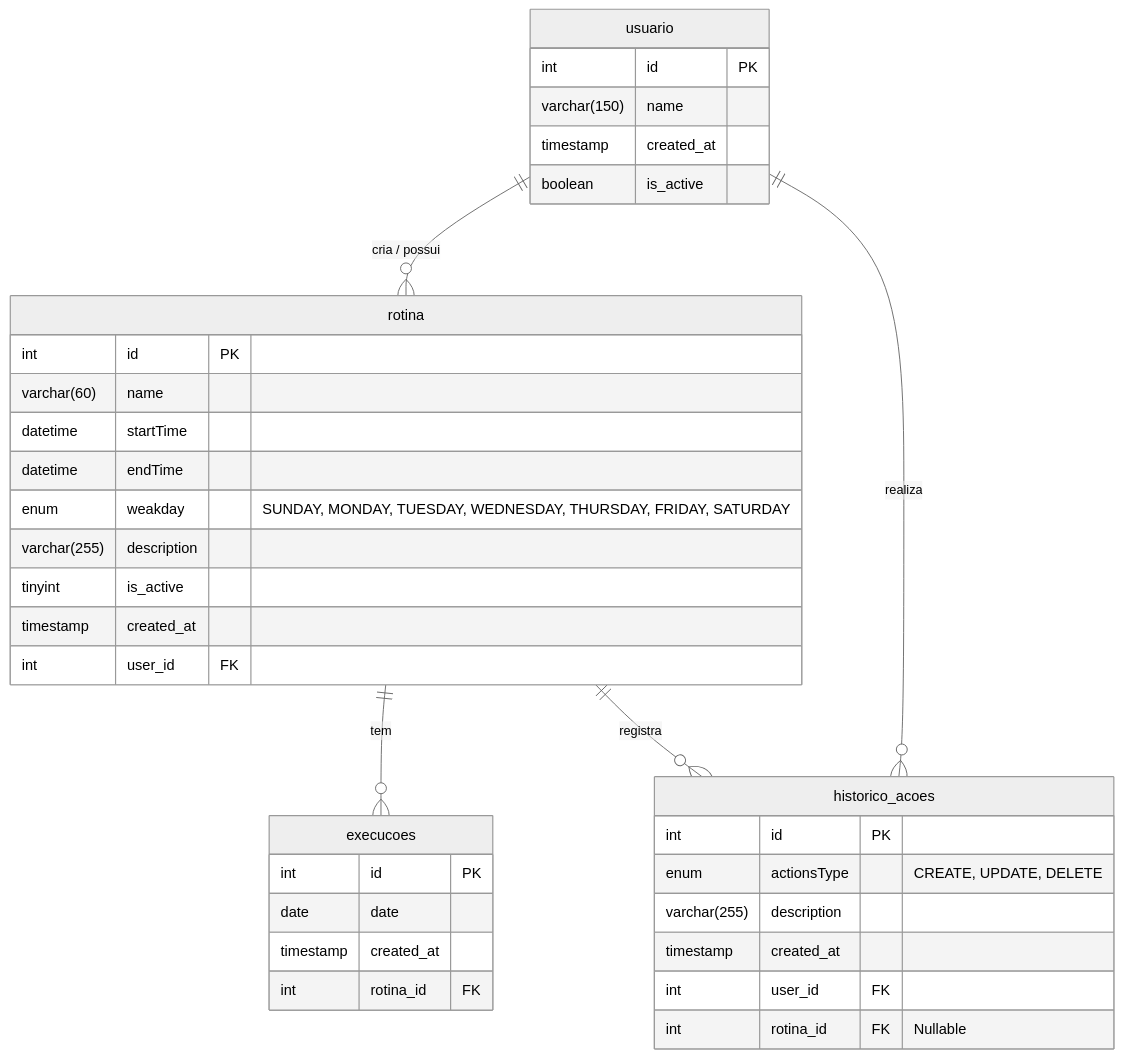
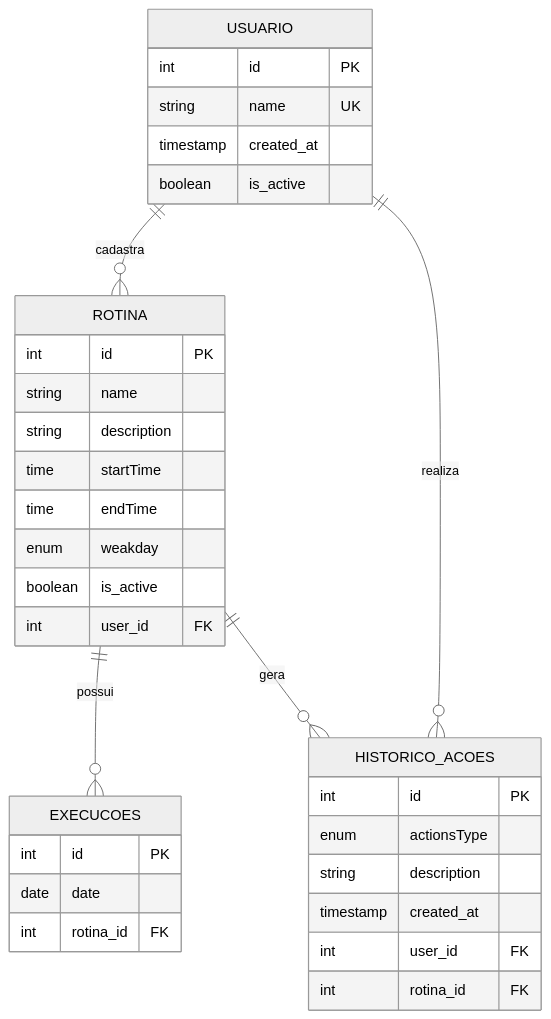
The diagram in README.md (BirdMelo/CEUB-DevWeb-Avaliacao), drawn with Mermaid (neutral theme) before and after one commit. The commit also changed other lines of this file and 2 other files, not shown here.

Commit message:
fix(dashboard)2.0.10 - Rotinas organizadas por hora Agora as rotinas em dashboard são organizadas por hora (startTime) Correção da representação do banco de dados no README.md

````diff
--- a/README.md
+++ b/README.md
@@ -71,44 +69,40 @@
 ```mermaid
 erDiagram
-    %% Relacionamentos
-    usuario ||--o{ rotina : "cria / possui"
-    rotina ||--o{ execucoes : "tem"
-    usuario ||--o{ historico_acoes : "realiza"
-    rotina ||--o{ historico_acoes : "registra"
+    USUARIO ||--o{ ROTINA : "cadastra"
+    USUARIO ||--o{ HISTORICO_ACOES : "realiza"
+    ROTINA ||--o{ EXECUCOES : "possui"
+    ROTINA ||--o{ HISTORICO_ACOES : "gera"
 
-    %% Tabelas e Atributos
-    usuario {
+    USUARIO {
         int id PK
-        varchar(150) name
+        string name UK
         timestamp created_at
         boolean is_active
     }
 
-    rotina {
+    ROTINA {
         int id PK
-        varchar(60) name
-        datetime startTime
-        datetime endTime
-        enum weakday "SUNDAY, MONDAY, TUESDAY, WEDNESDAY, THURSDAY, FRIDAY, SATURDAY"
-        varchar(255) description
-        tinyint is_active
-        timestamp created_at
+        string name
+        string description
+        time startTime
+        time endTime
+        enum weakday
+        boolean is_active
         int user_id FK
     }
 
-    execucoes {
+    EXECUCOES {
         int id PK
         date date
-        timestamp created_at
         int rotina_id FK
     }
 
-    historico_acoes {
+    HISTORICO_ACOES {
         int id PK
-        enum actionsType "CREATE, UPDATE, DELETE"
-        varchar(255) description
+        enum actionsType
+        string description
         timestamp created_at
         int user_id FK
-        int rotina_id FK "Nullable"
+        int rotina_id FK
     }
 ```
````
